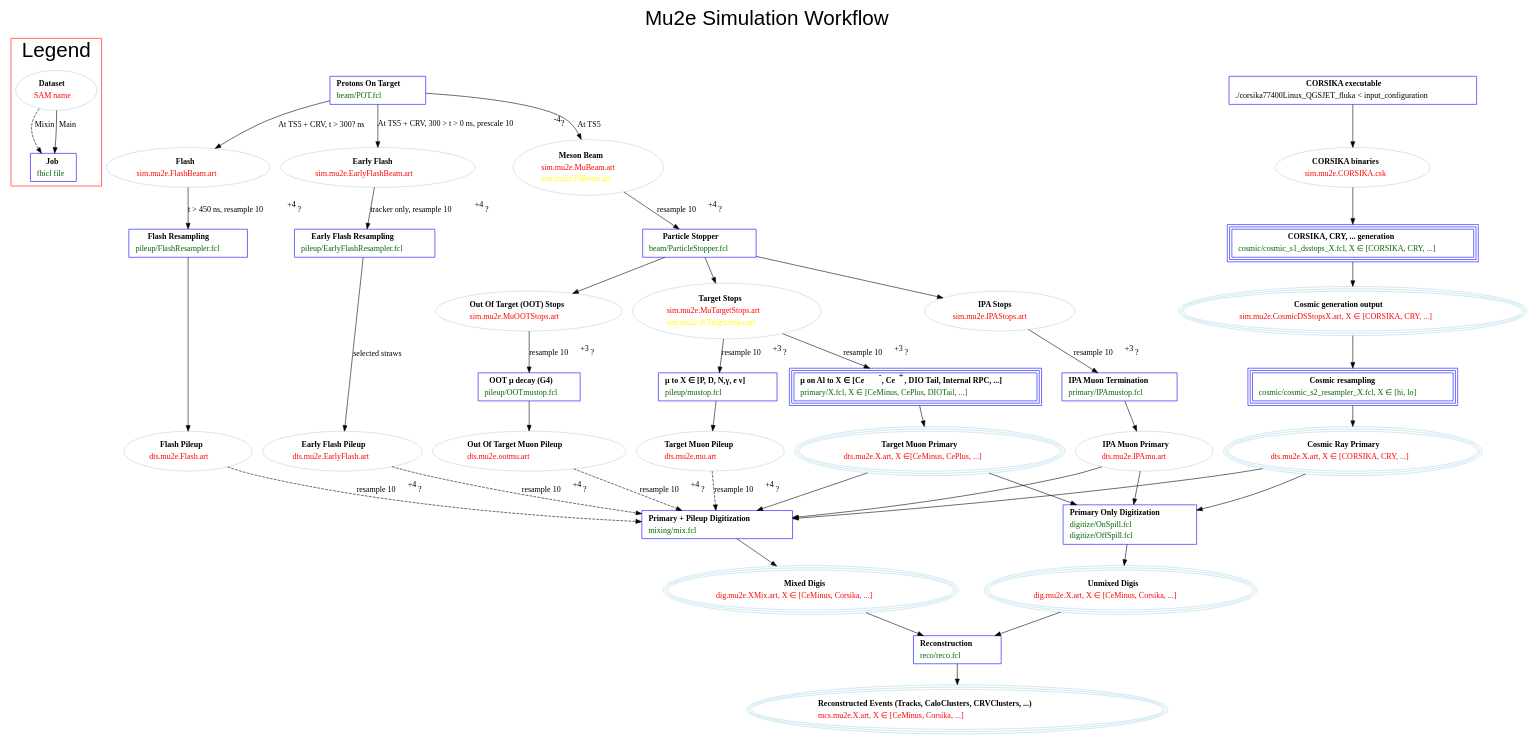
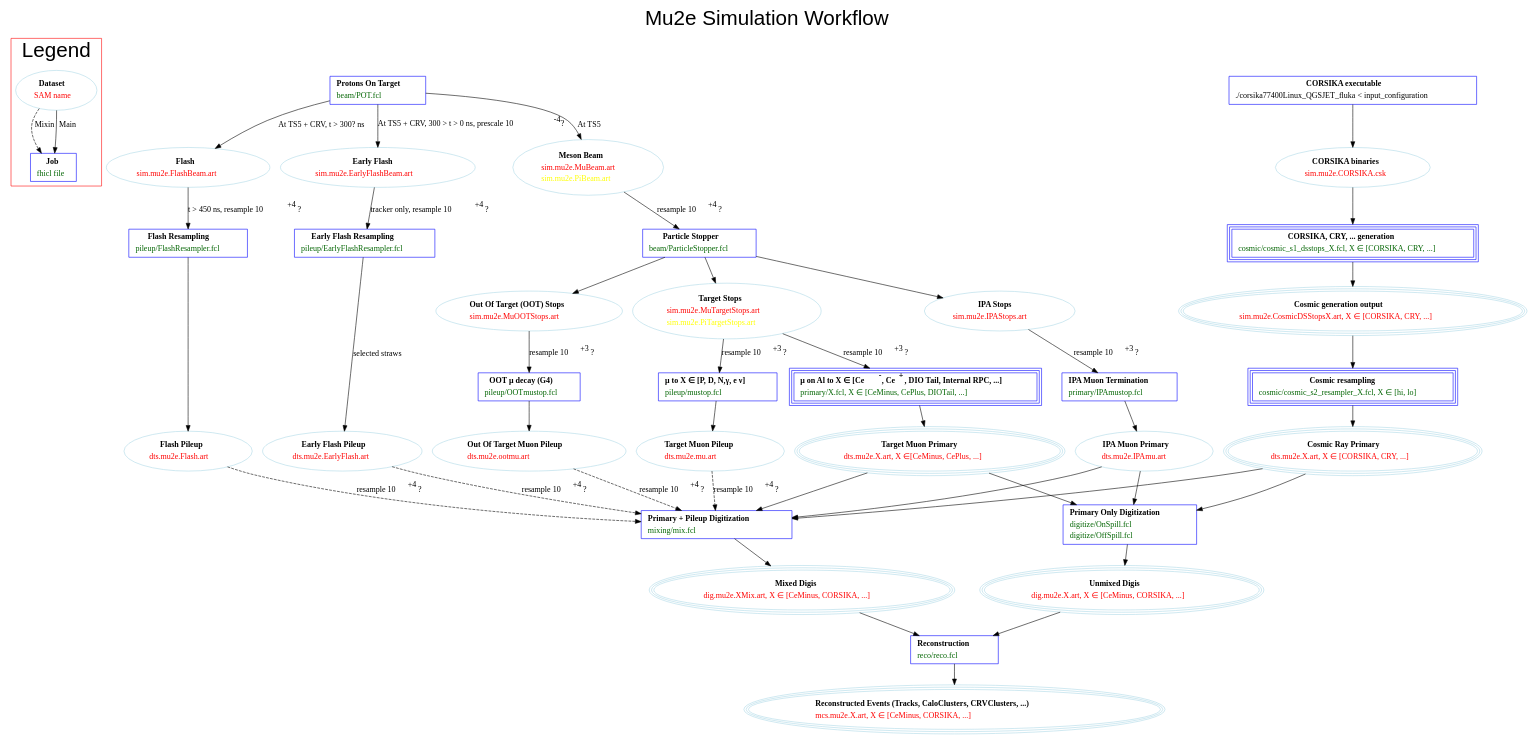
One commit to Mu2e/Offline changed the diagram in JobConfig/doc/SimulationWorkflow.dot. Above: the diagram before and after it, drawn with Graphviz. The commit also changed 1 other file, not shown here.

```diff
--- a/JobConfig/doc/SimulationWorkflow.dot
+++ b/JobConfig/doc/SimulationWorkflow.dot
@@ -259,13 +259,13 @@
     UnmixedDigis [shape=oval, peripheries=3, color=lightblue,
 		 label=<<table border="0" cellborder="0" cellspacing="1">
 		   <tr><td align="center"><b>Unmixed Digis</b></td></tr>
-		   <tr><td align="left"><font color="red">dig.mu2e.X.art, X &isin; [CeMinus, Corsika, ...]</font></td></tr>
+		   <tr><td align="left"><font color="red">dig.mu2e.X.art, X &isin; [CeMinus, CORSIKA, ...]</font></td></tr>
 		   </table>>];
 
     MixedDigis [shape=oval, peripheries=3, color=lightblue,
 	       label=<<table border="0" cellborder="0" cellspacing="1">
 		 <tr><td align="center"><b>Mixed Digis</b></td></tr>
-		 <tr><td align="left"><font color="red">dig.mu2e.XMix.art, X &isin; [CeMinus, Corsika, ...]</font></td></tr>
+		 <tr><td align="left"><font color="red">dig.mu2e.XMix.art, X &isin; [CeMinus, CORSIKA, ...]</font></td></tr>
 		 </table>>];
 
     NomixDigitization -> UnmixedDigis;
@@ -282,7 +282,7 @@
     Reco [shape=oval, color=lightblue, peripheries=3
 	 label=<<table border="0" cellborder="0" cellspacing="1">
 	   <tr><td align="center"><b>Reconstructed Events (Tracks, CaloClusters, CRVClusters, ...)</b></td></tr>
-	   <tr><td align="left"><font color="red">mcs.mu2e.X.art, X &isin; [CeMinus, Corsika, ...]</font></td></tr>
+	   <tr><td align="left"><font color="red">mcs.mu2e.X.art, X &isin; [CeMinus, CORSIKA, ...]</font></td></tr>
 	   </table>>];
 
     MixedDigis -> Reconstruction
```
